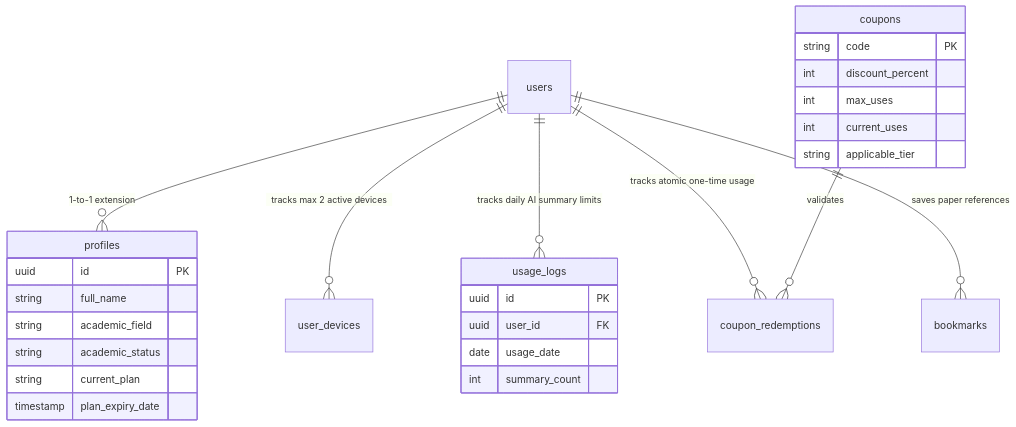
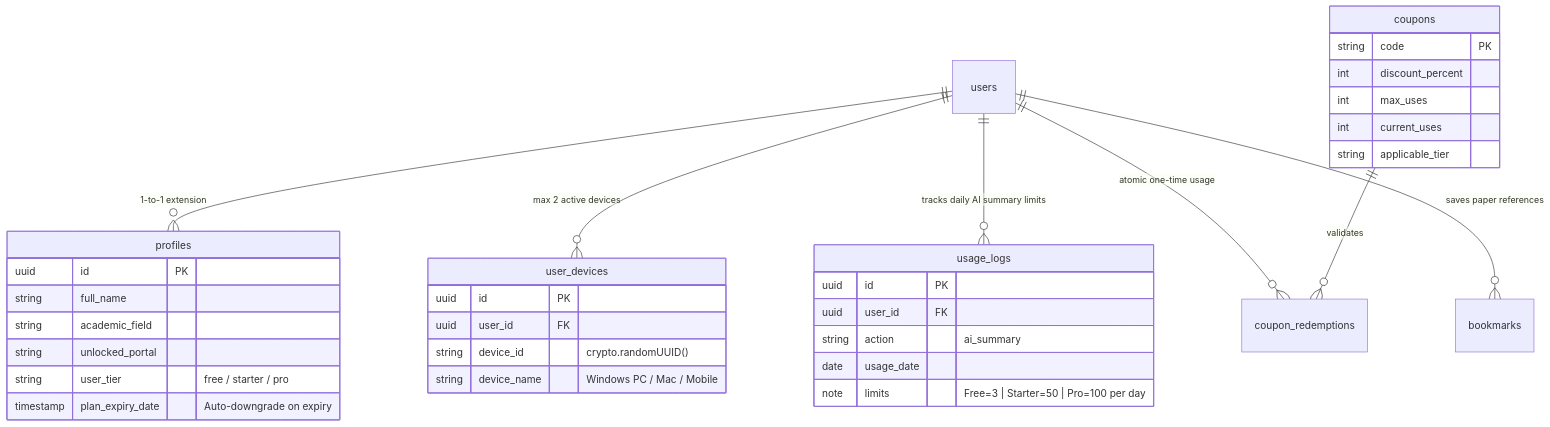
The tenth of 11 diagrams in SYSTEM_ARCHITECTURE_DEEP_DIVE.md (CodeWithPritom/ScholarHub-frontend), drawn with Mermaid before and after one commit. The commit also changed other lines of this file and 11 other files, not shown here.

````diff
--- a/SYSTEM_ARCHITECTURE_DEEP_DIVE.md
+++ b/SYSTEM_ARCHITECTURE_DEEP_DIVE.md
@@ -179,33 +340,41 @@
 ```mermaid
 erDiagram
     users ||--o{ profiles : "1-to-1 extension"
-    users ||--o{ user_devices : "tracks max 2 active devices"
+    users ||--o{ user_devices : "max 2 active devices"
     users ||--o{ usage_logs : "tracks daily AI summary limits"
-    users ||--o{ coupon_redemptions : "tracks atomic one-time usage"
+    users ||--o{ coupon_redemptions : "atomic one-time usage"
     users ||--o{ bookmarks : "saves paper references"
-    
+
     profiles {
         uuid id PK
         string full_name
         string academic_field
-        string academic_status
-        string current_plan
-        timestamp plan_expiry_date
+        string unlocked_portal
+        string user_tier "free / starter / pro"
+        timestamp plan_expiry_date "Auto-downgrade on expiry"
     }
-    
+
     usage_logs {
         uuid id PK
         uuid user_id FK
+        string action "ai_summary"
         date usage_date
-        int summary_count
+        note limits "Free=3 | Starter=50 | Pro=100 per day"
     }
-    
+
+    user_devices {
+        uuid id PK
+        uuid user_id FK
+        string device_id "crypto.randomUUID()"
+        string device_name "Windows PC / Mac / Mobile"
+    }
+
     coupons ||--o{ coupon_redemptions : "validates"
     coupons {
         string code PK
         int discount_percent
         int max_uses
         int current_uses
         string applicable_tier
     }
 ```
````
